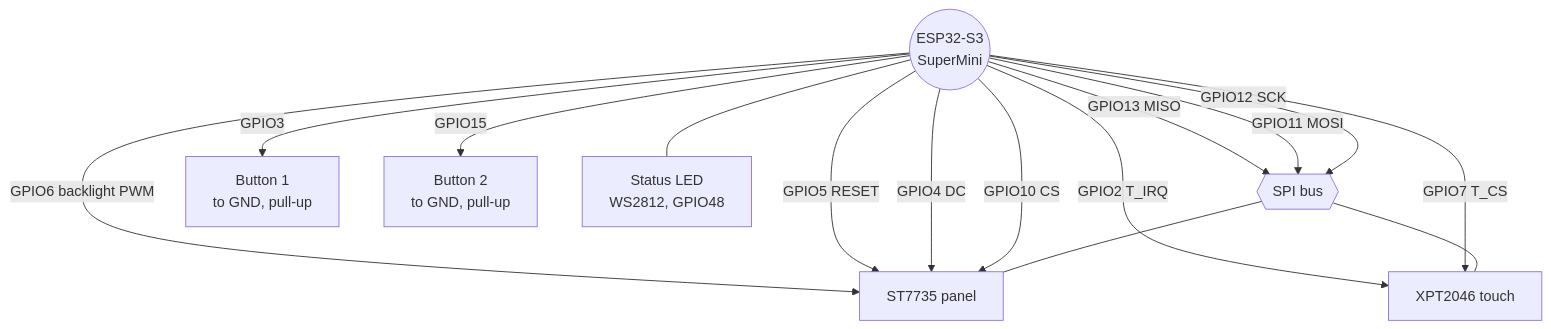
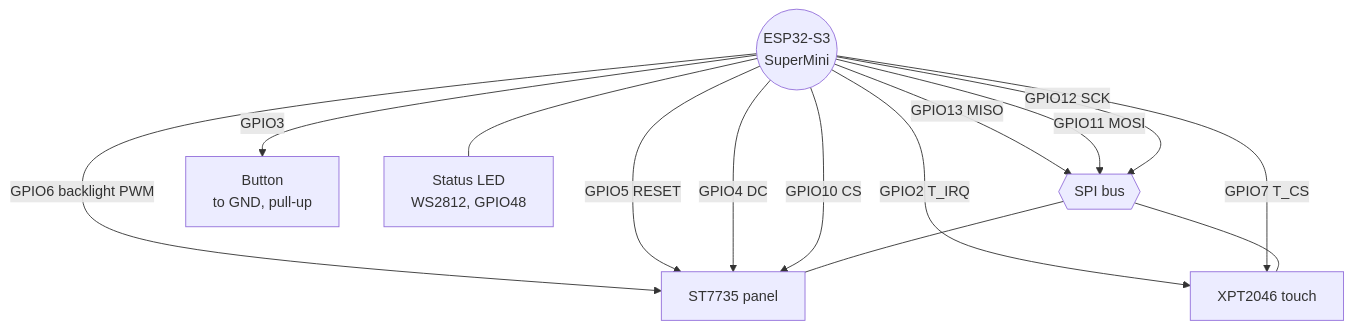
Before and after one commit to TheWebDevEhi/health-wearable: the sixth of 8 diagrams in readme.md, drawn with Mermaid. The commit also changed other lines of this file and 6 other files, not shown here.

````diff
--- a/readme.md
+++ b/readme.md
@@ -261,20 +264,19 @@
 ```mermaid
 flowchart TB
     MCU(("ESP32-S3<br/>SuperMini"))
     MCU -->|GPIO12 SCK| SPI{{SPI bus}}
     MCU -->|GPIO11 MOSI| SPI
     MCU -->|GPIO13 MISO| SPI
     SPI --- LCD["ST7735 panel"]
     SPI --- XPT["XPT2046 touch"]
 
     MCU -->|GPIO10 CS| LCD
     MCU -->|GPIO4 DC| LCD
     MCU -->|GPIO5 RESET| LCD
     MCU -->|GPIO6 backlight PWM| LCD
     MCU -->|GPIO7 T_CS| XPT
     MCU -->|GPIO2 T_IRQ| XPT
 
-    MCU -->|GPIO3| BTN1["Button 1<br/>to GND, pull-up"]
-    MCU -->|GPIO15| BTN2["Button 2<br/>to GND, pull-up"]
+    MCU -->|GPIO3| BTN1["Button<br/>to GND, pull-up"]
     MCU --- LEDW["Status LED<br/>WS2812, GPIO48"]
 ```
````
